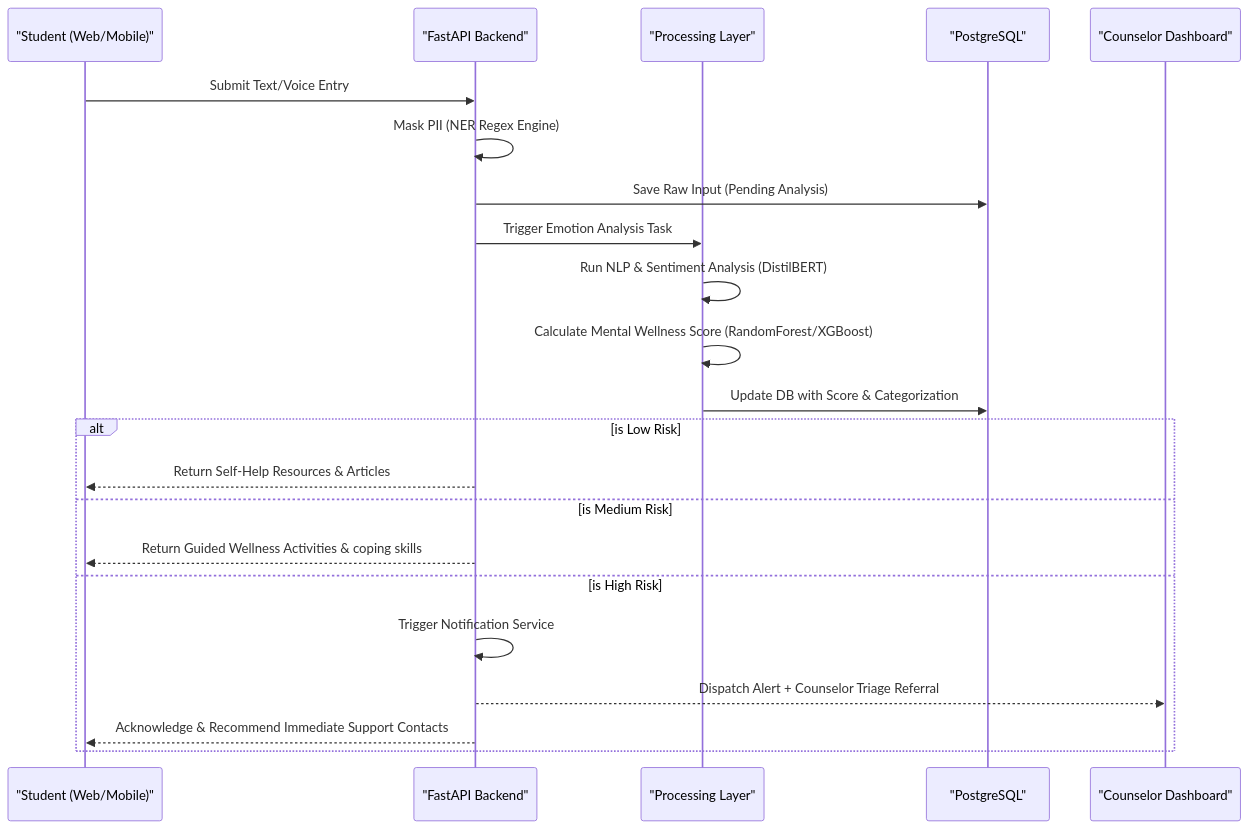
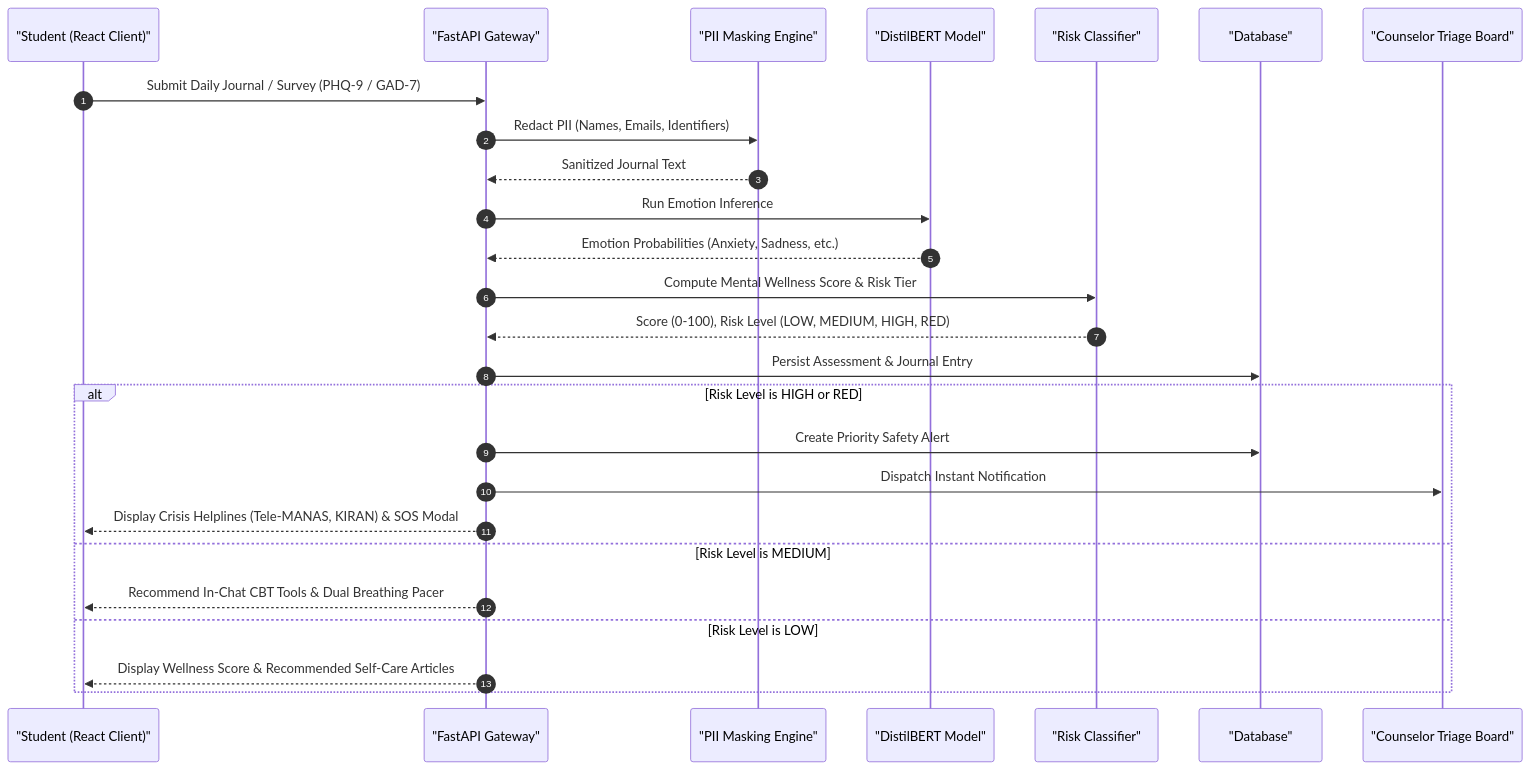
One commit to PASUPULASAITEJA/MindGuardAI changed the third of 5 diagrams in README.md. Above: the diagram before and after it, drawn with Mermaid. The commit also changed other lines of this file, not shown here.

````diff
--- a/README.md
+++ b/README.md
@@ -174,26 +193,30 @@
 ```mermaid
 sequenceDiagram
-    participant Student as "Student (Web/Mobile)"
-    participant API as "FastAPI Backend"
-    participant ML as "Processing Layer"
-    participant DB as "PostgreSQL"
-    participant Counselor as "Counselor Dashboard"
+    autonumber
+    participant Student as "Student (React Client)"
+    participant Gateway as "FastAPI Gateway"
+    participant PII as "PII Masking Engine"
+    participant EmotionML as "DistilBERT Model"
+    participant RiskML as "Risk Classifier"
+    participant DB as "Database"
+    participant Triage as "Counselor Triage Board"
 
-    Student->>API: Submit Text/Voice Entry
-    API->>API: Mask PII (NER Regex Engine)
-    API->>DB: Save Raw Input (Pending Analysis)
-    API->>ML: Trigger Emotion Analysis Task
-    ML->>ML: Run NLP & Sentiment Analysis (DistilBERT)
-    ML->>ML: Calculate Mental Wellness Score (RandomForest/XGBoost)
-    ML->>DB: Update DB with Score & Categorization
+    Student->>Gateway: Submit Daily Journal / Survey (PHQ-9 / GAD-7)
+    Gateway->>PII: Redact PII (Names, Emails, Identifiers)
+    PII-->>Gateway: Sanitized Journal Text
+    Gateway->>EmotionML: Run Emotion Inference
+    EmotionML-->>Gateway: Emotion Probabilities (Anxiety, Sadness, etc.)
+    Gateway->>RiskML: Compute Mental Wellness Score & Risk Tier
+    RiskML-->>Gateway: Score (0-100), Risk Level (LOW, MEDIUM, HIGH, RED)
+    Gateway->>DB: Persist Assessment & Journal Entry
     
-    alt is Low Risk
-        API-->>Student: Return Self-Help Resources & Articles
-    else is Medium Risk
-        API-->>Student: Return Guided Wellness Activities & coping skills
-    else is High Risk
-        API->>API: Trigger Notification Service
-        API-->>Counselor: Dispatch Alert + Counselor Triage Referral
-        API-->>Student: Acknowledge & Recommend Immediate Support Contacts
+    alt Risk Level is HIGH or RED
+        Gateway->>DB: Create Priority Safety Alert
+        Gateway->>Triage: Dispatch Instant Notification
+        Gateway-->>Student: Display Crisis Helplines (Tele-MANAS, KIRAN) & SOS Modal
+    else Risk Level is MEDIUM
+        Gateway-->>Student: Recommend In-Chat CBT Tools & Dual Breathing Pacer
+    else Risk Level is LOW
+        Gateway-->>Student: Display Wellness Score & Recommended Self-Care Articles
     end
 ```
````
